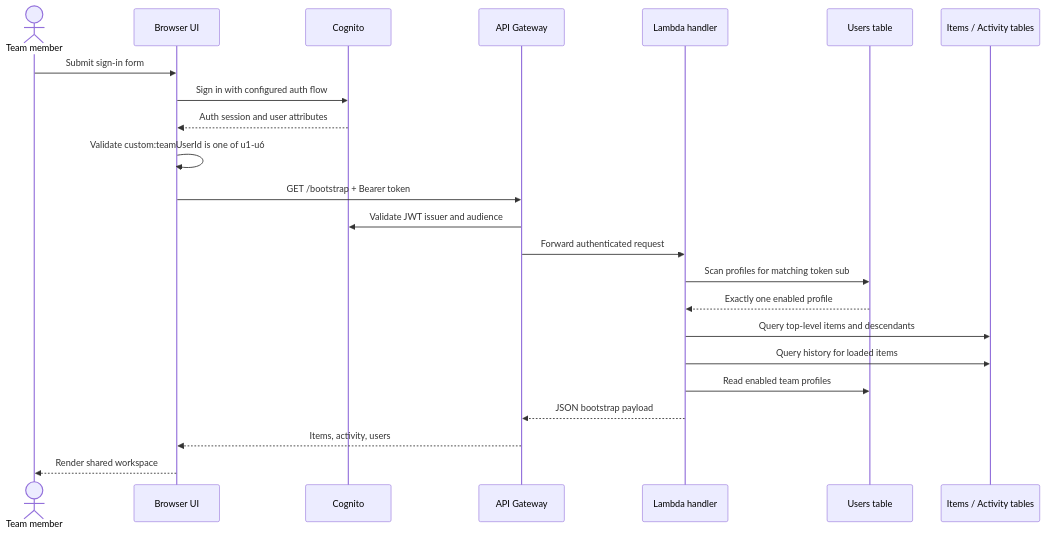
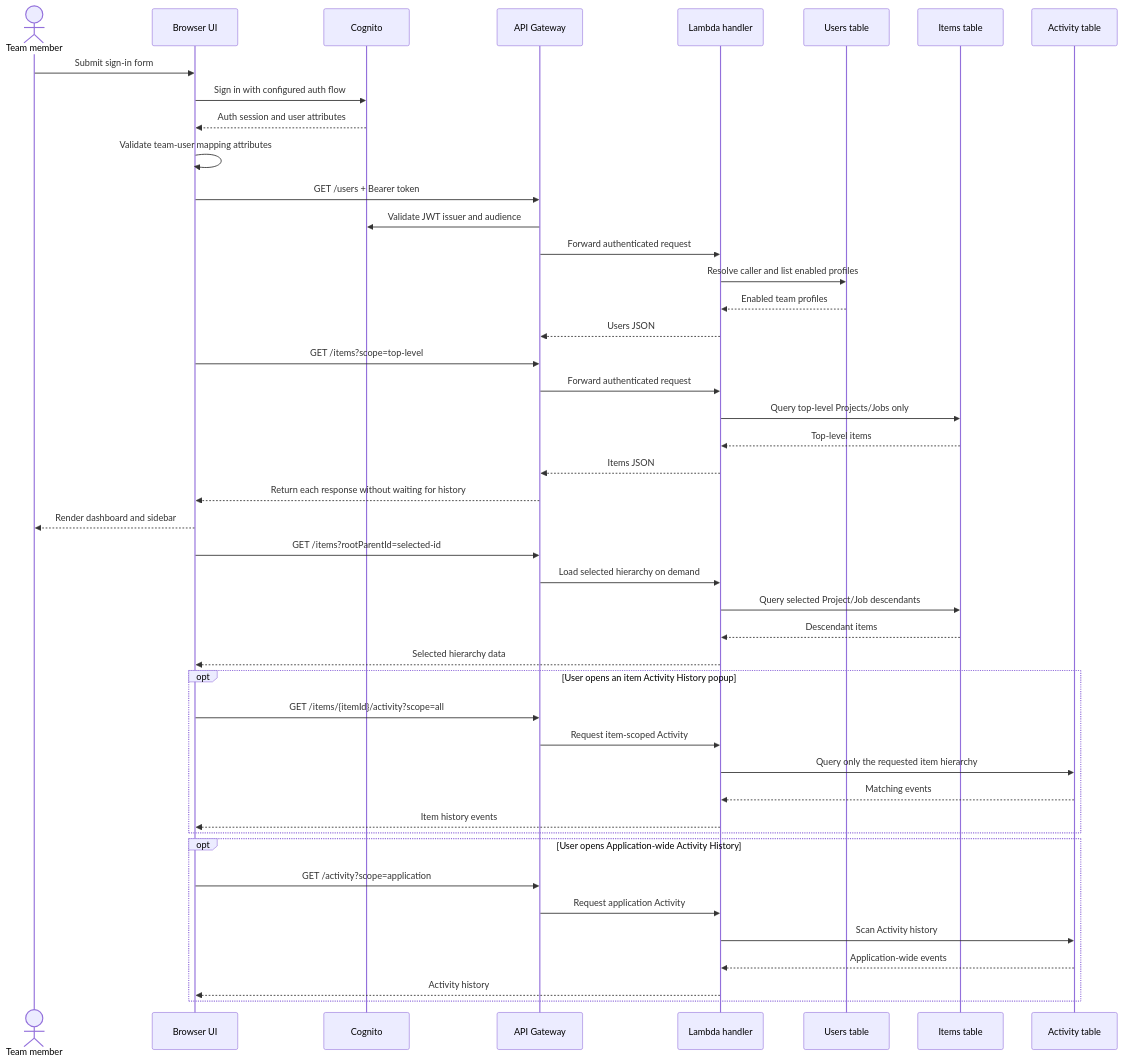
The seventh of 13 diagrams in docs/DOCUMENTATION.md (retzed/Team_Follow-Up_AWS-Deployment), drawn with Mermaid before and after one commit. The commit also changed other lines of this file, not shown here.

Commit message:
Document on-demand workspace and activity loading

```diff
--- a/docs/DOCUMENTATION.md
+++ b/docs/DOCUMENTATION.md
@@ -496,26 +496,49 @@
 ~~~mermaid
 sequenceDiagram
     actor User as Team member
     participant UI as Browser UI
     participant Cognito as Cognito
     participant API as API Gateway
     participant Lambda as Lambda handler
     participant Users as Users table
-    participant DB as Items / Activity tables
+    participant Items as Items table
+    participant Activity as Activity table
+    participant Users as Users table
 
     User->>UI: Submit sign-in form
     UI->>Cognito: Sign in with configured auth flow
     Cognito-->>UI: Auth session and user attributes
-    UI->>UI: Validate custom:teamUserId is one of u1-u6
-    UI->>API: GET /bootstrap + Bearer token
+    UI->>UI: Validate team-user mapping attributes
+    UI->>API: GET /users + Bearer token
     API->>Cognito: Validate JWT issuer and audience
     API->>Lambda: Forward authenticated request
-    Lambda->>Users: Scan profiles for matching token sub
-    Users-->>Lambda: Exactly one enabled profile
-    Lambda->>DB: Query top-level items and descendants
-    Lambda->>DB: Query history for loaded items
-    Lambda->>Users: Read enabled team profiles
-    Lambda-->>API: JSON bootstrap payload
-    API-->>UI: Items, activity, users
-    UI-->>User: Render shared workspace
+    Lambda->>Users: Resolve caller and list enabled profiles
+    Users-->>Lambda: Enabled team profiles
+    Lambda-->>API: Users JSON
+    UI->>API: GET /items?scope=top-level
+    API->>Lambda: Forward authenticated request
+    Lambda->>Items: Query top-level Projects/Jobs only
+    Items-->>Lambda: Top-level items
+    Lambda-->>API: Items JSON
+    API-->>UI: Return each response without waiting for history
+    UI-->>User: Render dashboard and sidebar
+    UI->>API: GET /items?rootParentId=selected-id
+    API->>Lambda: Load selected hierarchy on demand
+    Lambda->>Items: Query selected Project/Job descendants
+    Items-->>Lambda: Descendant items
+    Lambda-->>UI: Selected hierarchy data
+    opt User opens an item Activity History popup
+        UI->>API: GET /items/{itemId}/activity?scope=all
+        API->>Lambda: Request item-scoped Activity
+        Lambda->>Activity: Query only the requested item hierarchy
+        Activity-->>Lambda: Matching events
+        Lambda-->>UI: Item history events
+    end
+    opt User opens Application-wide Activity History
+        UI->>API: GET /activity?scope=application
+        API->>Lambda: Request application Activity
+        Lambda->>Activity: Scan Activity history
+        Activity-->>Lambda: Application-wide events
+        Lambda-->>UI: Activity history
+    end
 ~~~
```
